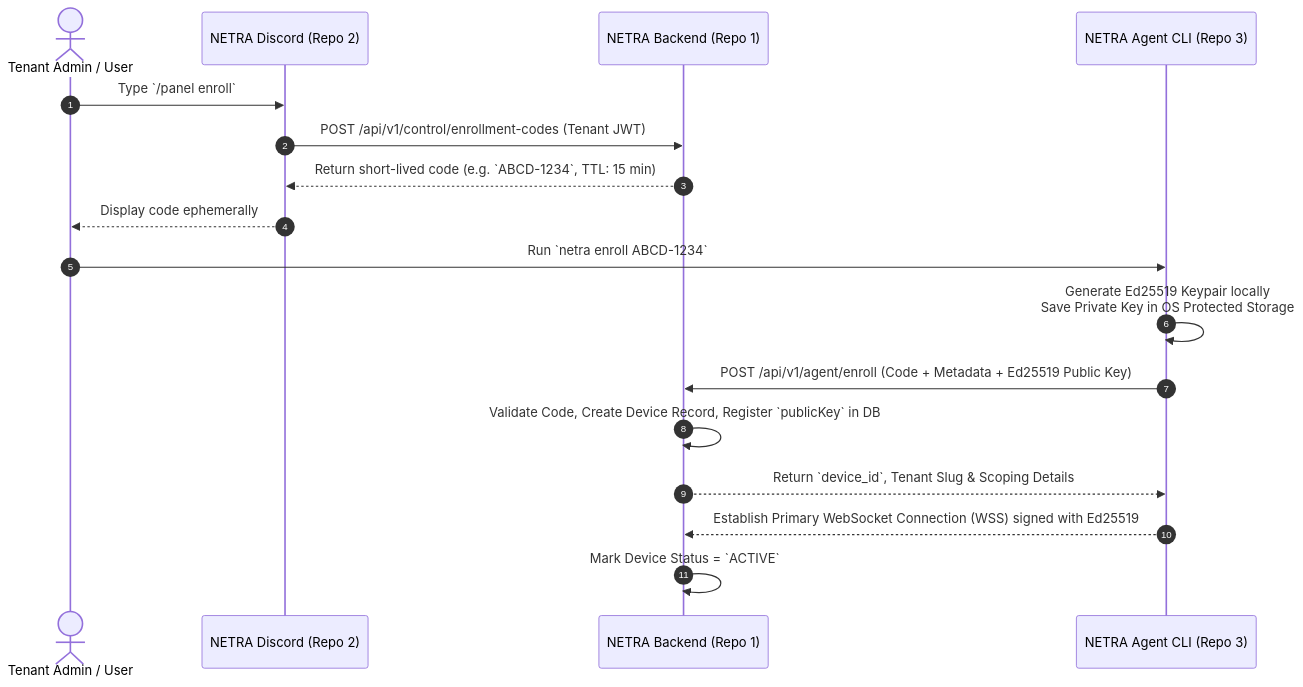
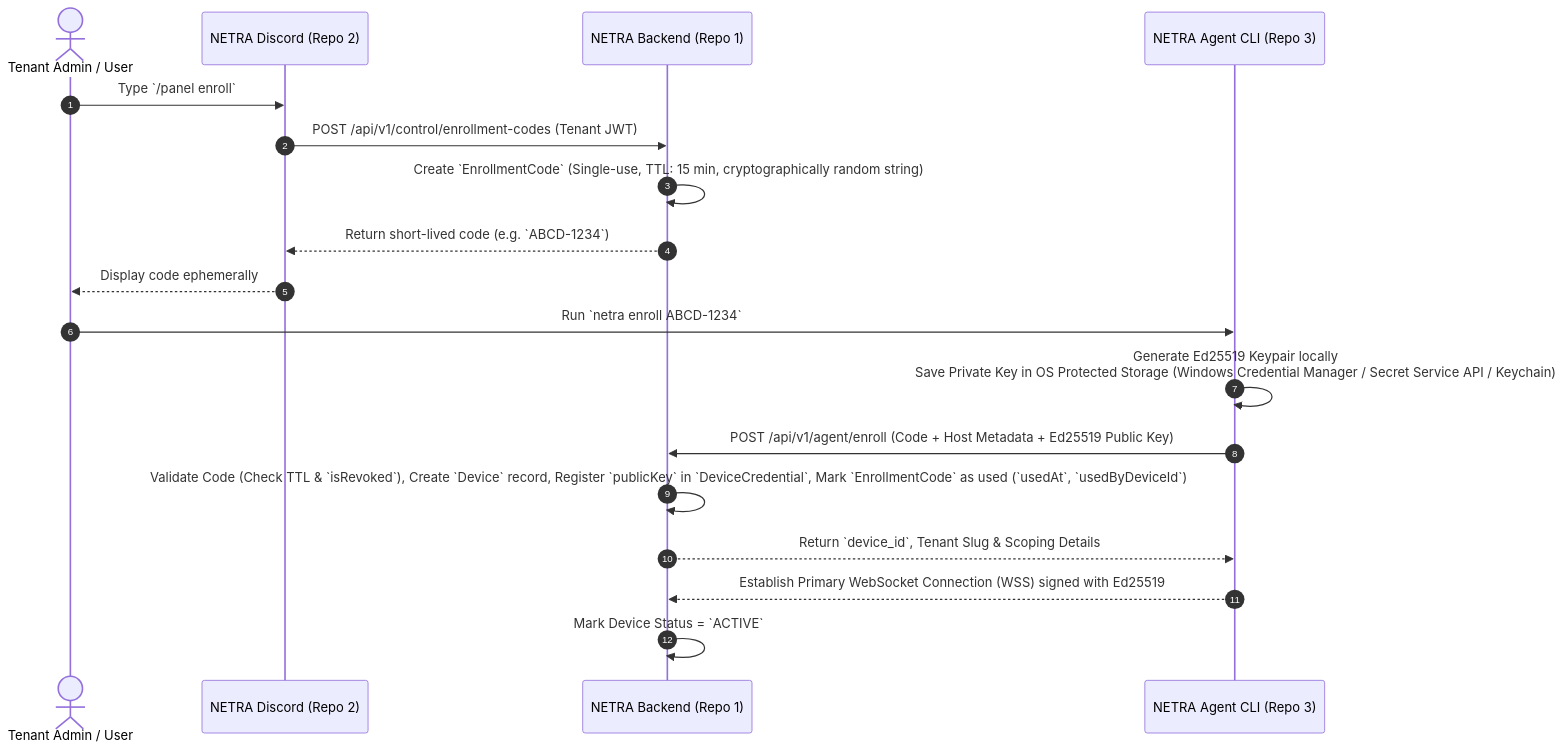
The third of 3 diagrams in SYSTEM_DESIGN.md (Subhadip-Paul2006/NETRA-agent), drawn with Mermaid before and after one commit. The commit also changed other lines of this file, not shown here.

````diff
--- a/SYSTEM_DESIGN.md
+++ b/SYSTEM_DESIGN.md
@@ -178,21 +267,22 @@
 ```mermaid
 sequenceDiagram
     autonumber
     actor User as Tenant Admin / User
     participant Discord as NETRA Discord (Repo 2)
     participant Backend as NETRA Backend (Repo 1)
     participant Agent as NETRA Agent CLI (Repo 3)
 
     User->>Discord: Type `/panel enroll`
     Discord->>Backend: POST /api/v1/control/enrollment-codes (Tenant JWT)
-    Backend-->>Discord: Return short-lived code (e.g. `ABCD-1234`, TTL: 15 min)
+    Backend->>Backend: Create `EnrollmentCode` (Single-use, TTL: 15 min, cryptographically random string)
+    Backend-->>Discord: Return short-lived code (e.g. `ABCD-1234`)
     Discord-->>User: Display code ephemerally
-    
+
     User->>Agent: Run `netra enroll ABCD-1234`
-    Agent->>Agent: Generate Ed25519 Keypair locally<br>Save Private Key in OS Protected Storage
-    Agent->>Backend: POST /api/v1/agent/enroll (Code + Metadata + Ed25519 Public Key)
-    Backend->>Backend: Validate Code, Create Device Record, Register `publicKey` in DB
+    Agent->>Agent: Generate Ed25519 Keypair locally<br>Save Private Key in OS Protected Storage (Windows Credential Manager / Secret Service API / Keychain)
+    Agent->>Backend: POST /api/v1/agent/enroll (Code + Host Metadata + Ed25519 Public Key)
+    Backend->>Backend: Validate Code (Check TTL & `isRevoked`), Create `Device` record, Register `publicKey` in `DeviceCredential`, Mark `EnrollmentCode` as used (`usedAt`, `usedByDeviceId`)
     Backend-->>Agent: Return `device_id`, Tenant Slug & Scoping Details
     Agent-->>Backend: Establish Primary WebSocket Connection (WSS) signed with Ed25519
     Backend->>Backend: Mark Device Status = `ACTIVE`
 ```
````
